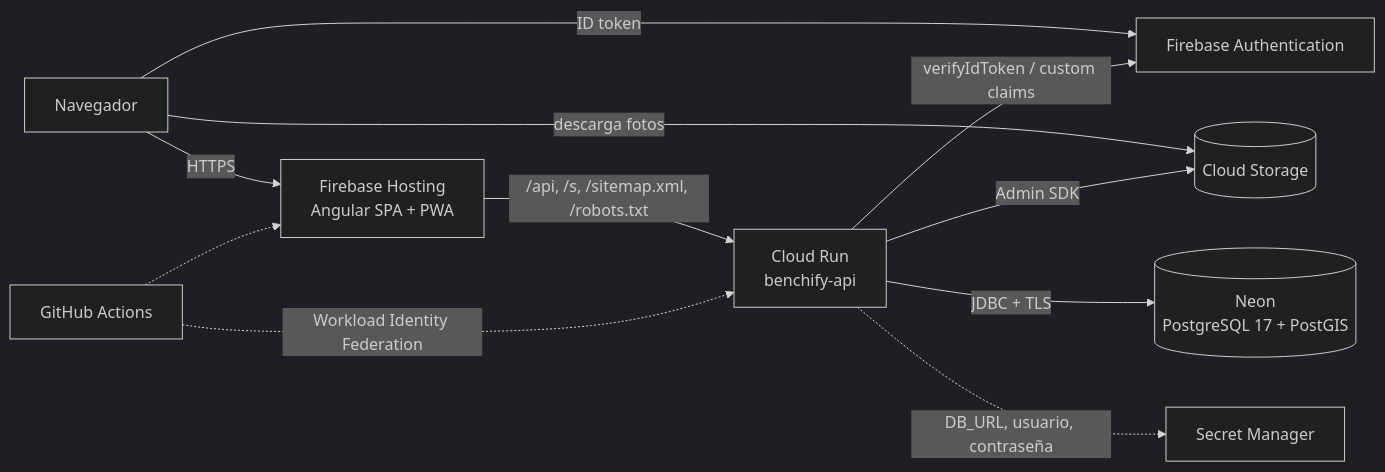
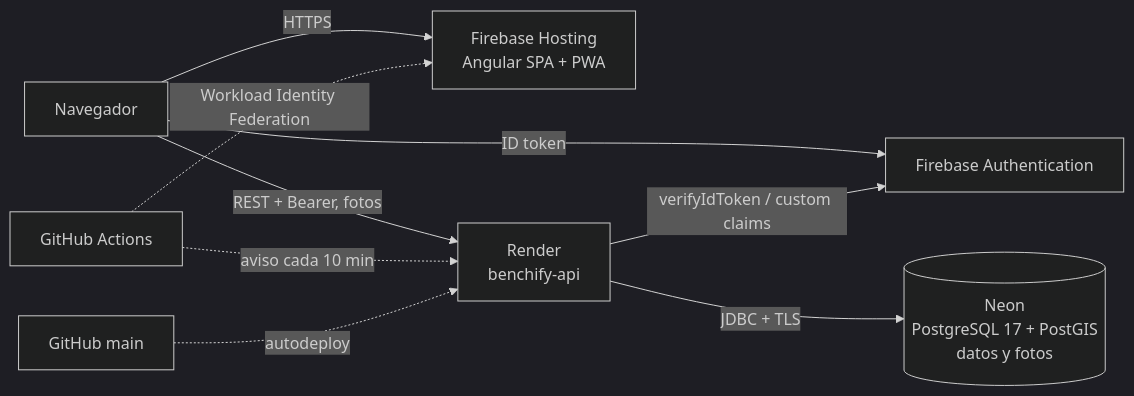
One commit to Maanuu77/Benchify changed the diagram in deploy/README.md. Above: the diagram before and after it, drawn with Mermaid (dark theme). The commit also changed other lines of this file and 39 other files, not shown here.

First line of the commit message:
feat(deploy): free stack with Firebase Spark, Render and Neon (#66, #67)

````diff
--- a/deploy/README.md
+++ b/deploy/README.md
@@ -3,13 +5,11 @@
 ```mermaid
 flowchart LR
   U[Navegador] -->|HTTPS| H[Firebase Hosting<br/>Angular SPA + PWA]
-  H -->|/api, /s, /sitemap.xml, /robots.txt| R[Cloud Run<br/>benchify-api]
   U -->|ID token| A[Firebase Authentication]
-  U -->|descarga fotos| S[(Cloud Storage)]
+  U -->|REST + Bearer, fotos| R[Render<br/>benchify-api]
   R -->|verifyIdToken / custom claims| A
-  R -->|Admin SDK| S
-  R -->|JDBC + TLS| DB[(Neon<br/>PostgreSQL 17 + PostGIS)]
-  R -.->|DB_URL, usuario, contraseña| SM[Secret Manager]
-  GA[GitHub Actions] -.->|Workload Identity Federation| R
-  GA -.-> H
+  R -->|JDBC + TLS| DB[(Neon<br/>PostgreSQL 17 + PostGIS<br/>datos y fotos)]
+  GA[GitHub Actions] -.->|Workload Identity Federation| H
+  GA -.->|aviso cada 10 min| R
+  GH[GitHub main] -.->|autodeploy| R
 ```
````
